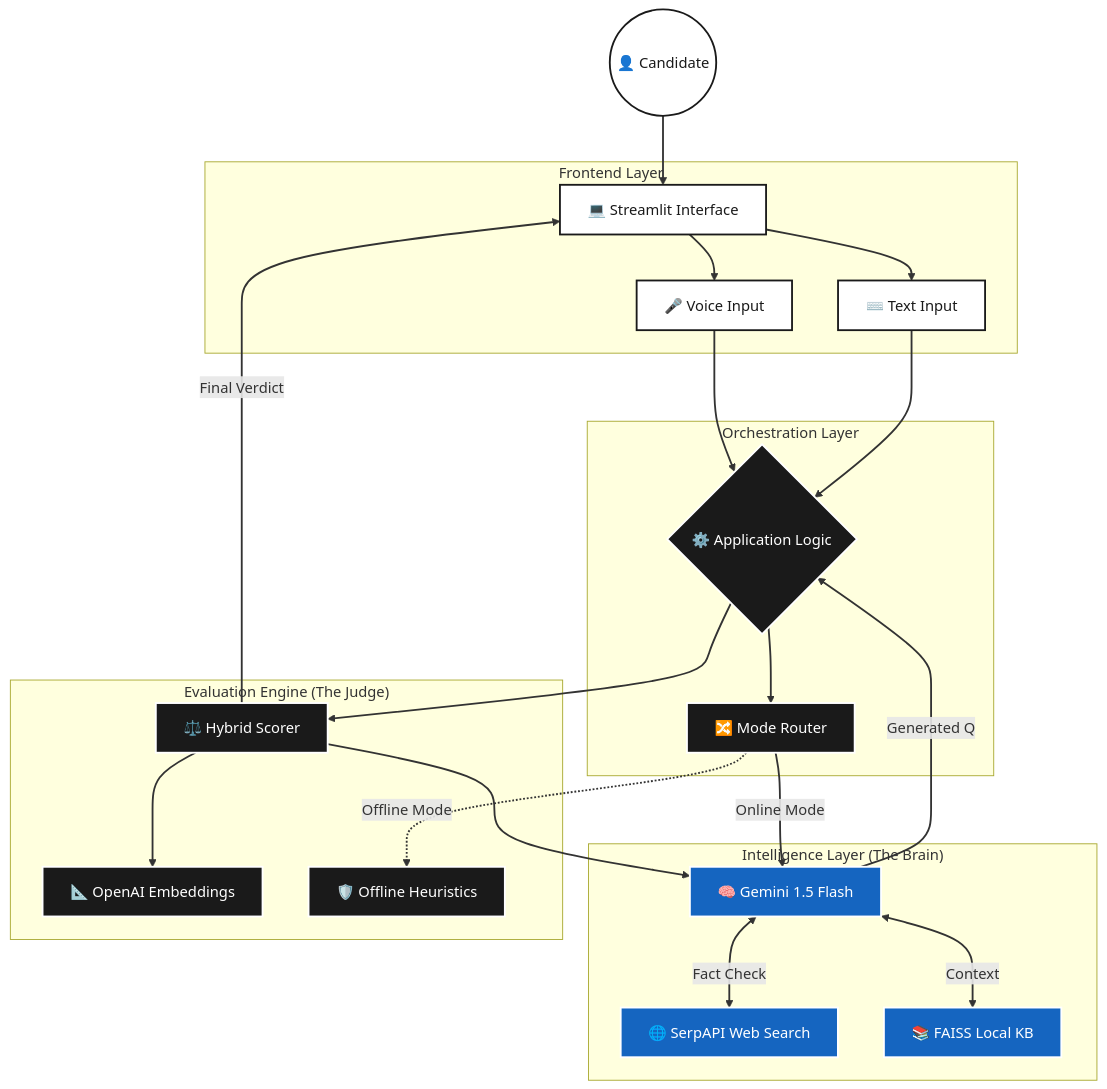
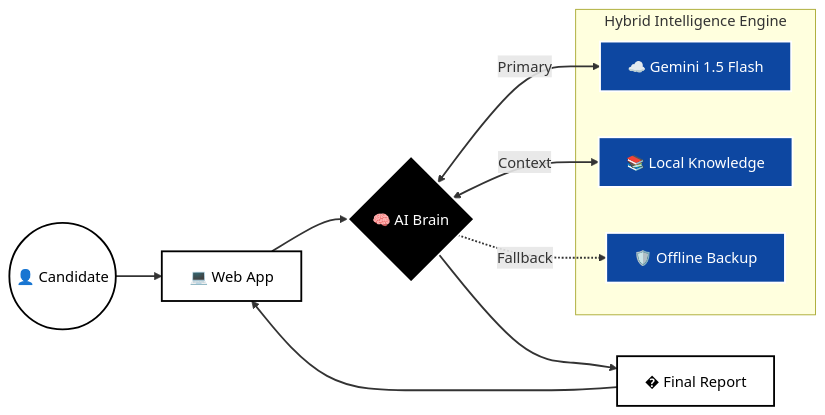
One commit to akanksha05Singh/Hr-interviewer-agent changed the diagram in README.md. Above: the diagram before and after it, drawn with Mermaid.

Commit message:
Simplify architecture diagram with clean styling

````diff
--- a/README.md
+++ b/README.md
@@ -18,60 +18,37 @@
 ```mermaid
-graph TD
+graph LR
     %% Nodes
     User((👤 Candidate))
+    UI[💻 Web App]
+    Brain{🧠 AI Brain}
     
-    subgraph "Frontend Layer"
-        UI[💻 Streamlit Interface]
-        Voice[🎤 Voice Input]
-        Text[⌨️ Text Input]
+    subgraph "Hybrid Intelligence Engine"
+        Gemini[☁️ Gemini 1.5 Flash]
+        RAG[📚 Local Knowledge]
+        Offline[🛡️ Offline Backup]
     end
+    
+    Report[� Final Report]
 
-    subgraph "Orchestration Layer"
-        App{⚙️ Application Logic}
-        Router[🔀 Mode Router]
-    end
-
-    subgraph "Intelligence Layer (The Brain)"
-        Gemini[🧠 Gemini 1.5 Flash]
-        Serp[🌐 SerpAPI Web Search]
-        FAISS[📚 FAISS Local KB]
-    end
-
-    subgraph "Evaluation Engine (The Judge)"
-        Scorer[⚖️ Hybrid Scorer]
-        Embed[📐 OpenAI Embeddings]
-        Fallback[🛡️ Offline Heuristics]
-    end
-
-    %% Connections
+    %% Flow
     User ==> UI
-    UI --> Voice & Text
-    Voice & Text ==> App
+    UI ==> Brain
     
-    App --> Router
-    Router ==>|Online Mode| Gemini
-    Router -.->|Offline Mode| Fallback
+    Brain <==>|Primary| Gemini
+    Brain <-->|Context| RAG
+    Brain -.->|Fallback| Offline
     
-    Gemini <-->|Context| FAISS
-    Gemini <-->|Fact Check| Serp
-    
-    Gemini ==>|Generated Q| App
-    
-    App ==> Scorer
-    Scorer --> Gemini
-    Scorer --> Embed
-    
-    Scorer ==>|Final Verdict| UI
+    Brain ==> Report
+    Report ==> UI
 
     %% Styling
-    classDef dark fill:#1a1a1a,stroke:#fff,stroke-width:2px,color:#fff;
-    classDef blue fill:#1565c0,stroke:#fff,stroke-width:2px,color:#fff;
-    classDef white fill:#fff,stroke:#1a1a1a,stroke-width:2px,color:#1a1a1a;
-    classDef accent fill:#00e676,stroke:#1a1a1a,stroke-width:2px,color:#1a1a1a;
+    classDef dark fill:#000,stroke:#fff,stroke-width:2px,color:#fff;
+    classDef blue fill:#0d47a1,stroke:#fff,stroke-width:2px,color:#fff;
+    classDef white fill:#fff,stroke:#000,stroke-width:2px,color:#000;
 
-    class User,UI,Voice,Text white;
-    class App,Router,Scorer,Embed,Fallback dark;
-    class Gemini,Serp,FAISS blue;
+    class User,UI,Report white;
+    class Brain dark;
+    class Gemini,RAG,Offline blue;
     
     linkStyle default stroke:#333,stroke-width:2px;
 ```
````
